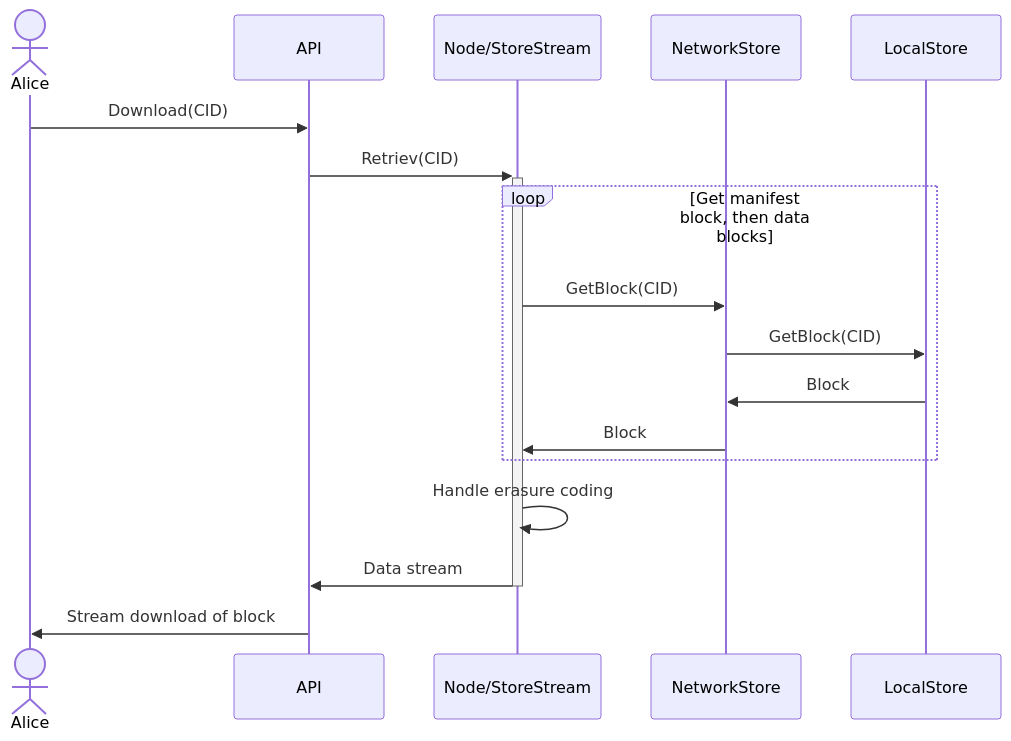
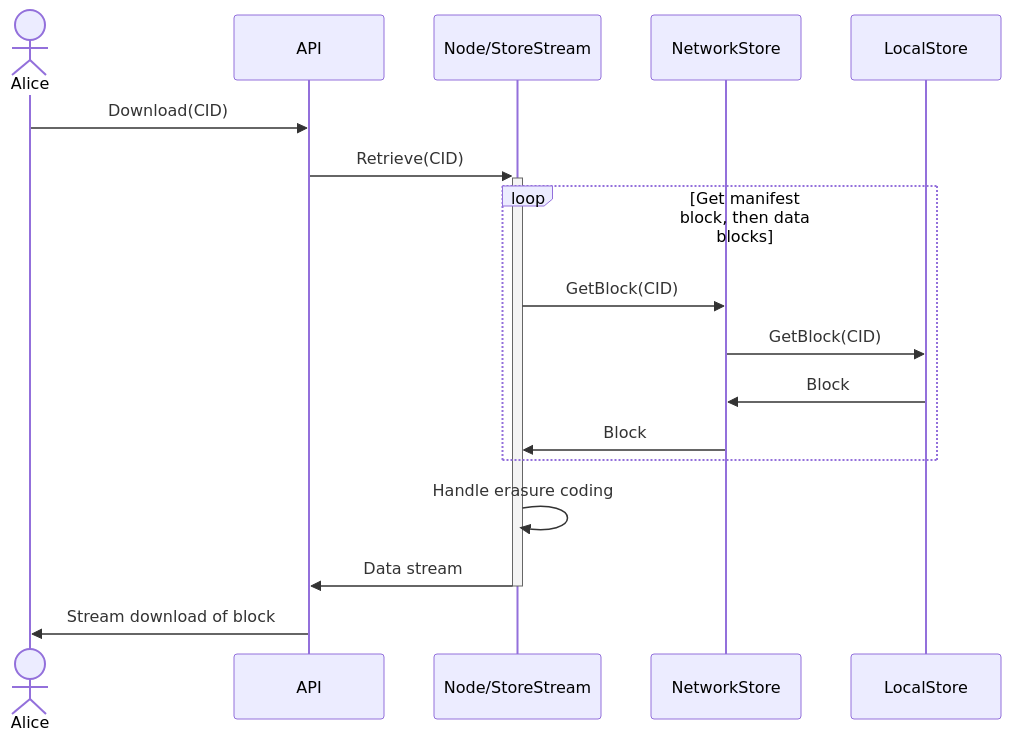
Before and after one commit to codex-storage/nim-codex: the first of 2 diagrams in docs/DownloadFlow.md, drawn with Mermaid. The commit also changed other lines of this file, not shown here.

Commit message:
Adds network download flow

````diff
--- a/docs/DownloadFlow.md
+++ b/docs/DownloadFlow.md
@@ -7,16 +7,16 @@
 ```mermaid
 sequenceDiagram
 actor Alice
 participant API
 Alice->>API: Download(CID)
-API->>+Node/StoreStream: Retriev(CID)
+API->>+Node/StoreStream: Retrieve(CID)
 loop Get manifest block, then data blocks
     Node/StoreStream->>NetworkStore: GetBlock(CID)
     NetworkStore->>LocalStore: GetBlock(CID)
     LocalStore->>NetworkStore: Block
     NetworkStore->>Node/StoreStream: Block
 end
 Node/StoreStream->>Node/StoreStream: Handle erasure coding
 Node/StoreStream->>-API: Data stream
 API->>Alice: Stream download of block
 ```
````
